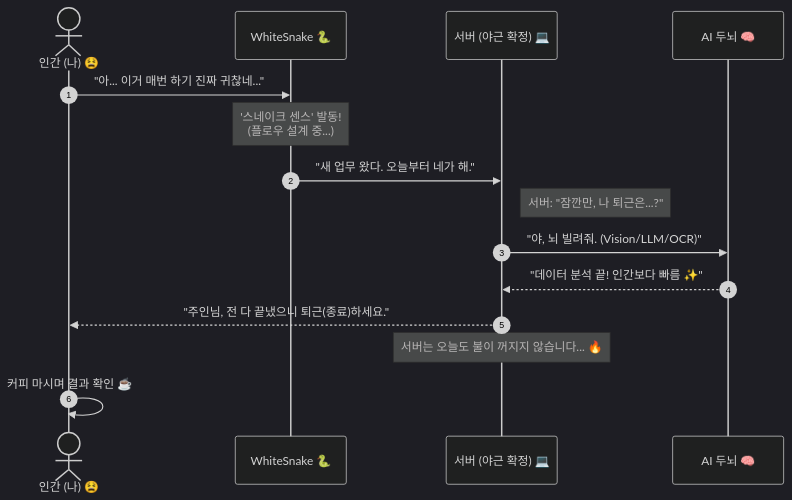
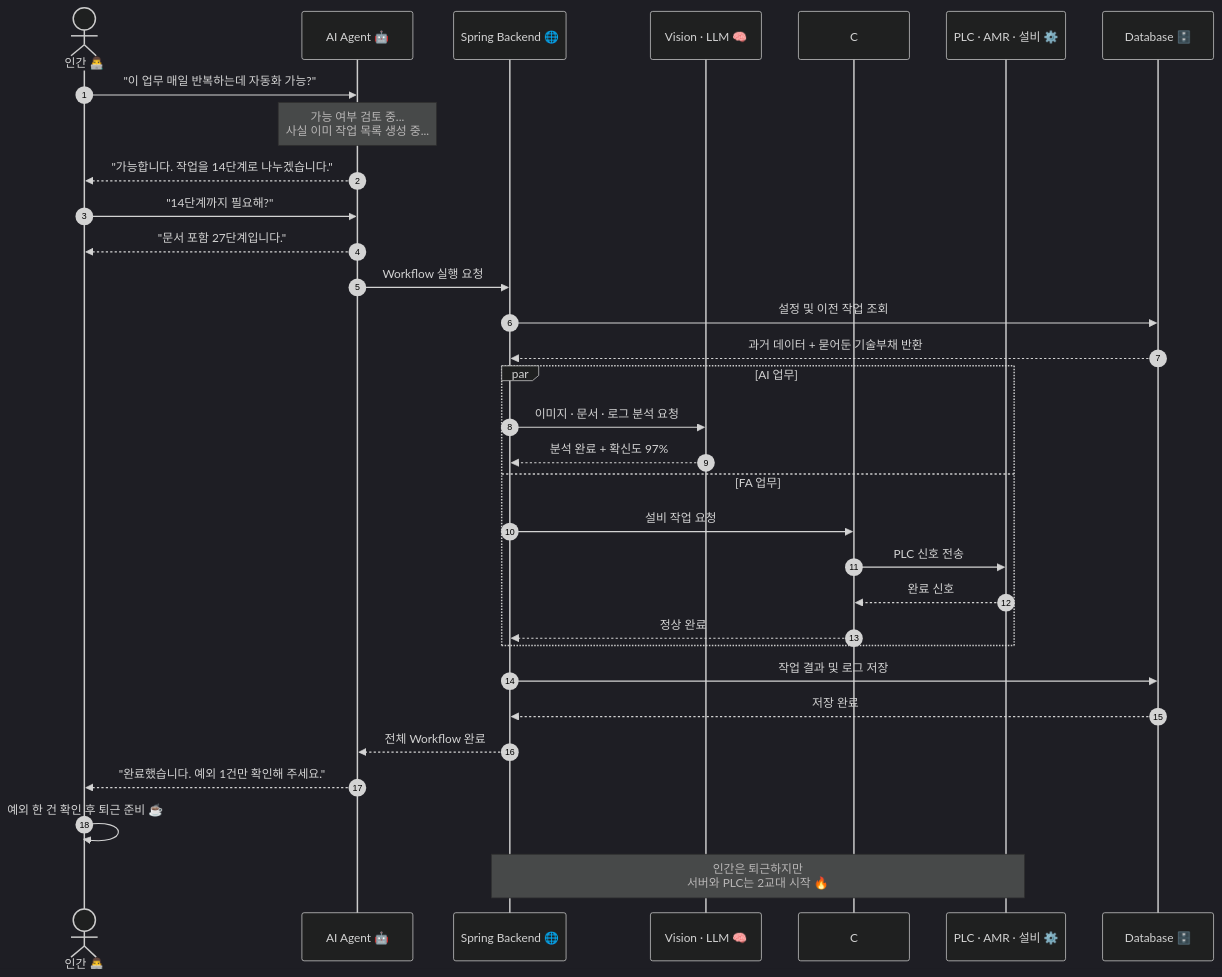
The first of 4 diagrams in README.md (WhiteSnake-MrBBoo/WhiteSnake-MrBBoo), drawn with Mermaid (dark theme) before and after one commit. The commit also changed other lines of this file, not shown here.

````diff
--- a/README.md
+++ b/README.md
@@ -37,22 +223,44 @@
 ```mermaid
 sequenceDiagram
     autonumber
-    actor U as 인간 (나) 😫
-    participant B as WhiteSnake 🐍
-    participant S as 서버 (야근 확정) 💻
-    participant AI as AI 두뇌 🧠
 
-    U->>B: "아... 이거 매번 하기 진짜 귀찮네..."
-    Note over B: '스네이크 센스' 발동!<br/>(플로우 설계 중...)
+    actor H as 인간 👨‍💻
+    participant A as AI Agent 🤖
+    participant B as Spring Backend 🌐
+    participant V as Vision · LLM 🧠
+    participant C as C# Controller 🏭
+    participant P as PLC · AMR · 설비 ⚙️
+    participant D as Database 🗄️
+
+    H->>A: "이 업무 매일 반복하는데 자동화 가능?"
     
-    B->>S: "새 업무 왔다. 오늘부터 네가 해."
-    Note right of S: 서버: "잠깐만, 나 퇴근은...?"
+    Note over A: 가능 여부 검토 중...<br/>사실 이미 작업 목록 생성 중...
+
+    A-->>H: "가능합니다. 작업을 14단계로 나누겠습니다."
+    H->>A: "14단계까지 필요해?"
+    A-->>H: "문서 포함 27단계입니다."
+
+    A->>B: Workflow 실행 요청
+    B->>D: 설정 및 이전 작업 조회
+    D-->>B: 과거 데이터 + 묻어둔 기술부채 반환
+
+    par AI 업무
+        B->>V: 이미지 · 문서 · 로그 분석 요청
+        V-->>B: 분석 완료 + 확신도 97%
+    and FA 업무
+        B->>C: 설비 작업 요청
+        C->>P: PLC 신호 전송
+        P-->>C: 완료 신호
+        C-->>B: 정상 완료
+    end
+
+    B->>D: 작업 결과 및 로그 저장
+    D-->>B: 저장 완료
+
+    B-->>A: 전체 Workflow 완료
+    A-->>H: "완료했습니다. 예외 1건만 확인해 주세요."
+
+    H->>H: 예외 한 건 확인 후 퇴근 준비 ☕
     
-    S->>AI: "야, 뇌 빌려줘. (Vision/LLM/OCR)"
-    AI-->>S: "데이터 분석 끝! 인간보다 빠름 ✨"
-    
-    S-->>U: "주인님, 전 다 끝냈으니 퇴근(종료)하세요."
-    Note over S: 서버는 오늘도 불이 꺼지지 않습니다... 🔥
-    
-    U->>U: 커피 마시며 결과 확인 ☕
+    Note over B,P: 인간은 퇴근하지만<br/>서버와 PLC는 2교대 시작 🔥
 ```
````
